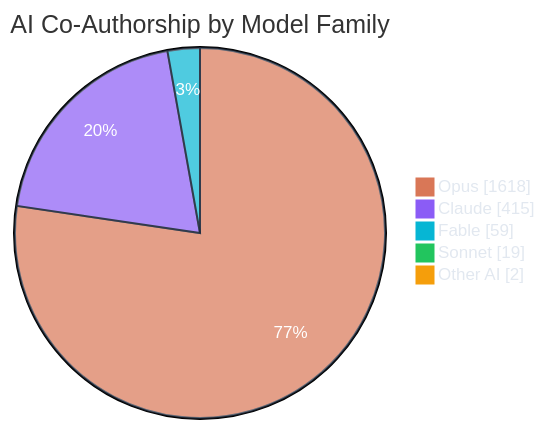
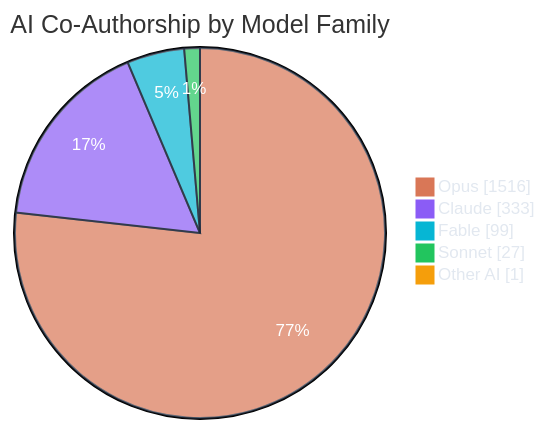
One commit to polo-nyan/polo-nyan changed the third of 7 diagrams in README.md. Above: the diagram before and after it, drawn with Mermaid. The commit also changed other lines of this file and 1 other file, not shown here.

````diff
--- a/README.md
+++ b/README.md
@@ -279,10 +279,10 @@
 ```mermaid
 %%{init: {"theme": "base", "themeVariables": { "pie1": "#d97757", "pie2": "#8b5cf6", "pie3": "#06b6d4", "pie4": "#22c55e", "pie5": "#f59e0b", "pie6": "#ec4899", "pieTextColor": "#ffffff", "pieLegendTextColor": "#e2e8f0", "pieSectionTextColor": "#ffffff", "pieStrokeColor": "#1e293b" }}}%%
 pie showData
     title AI Co-Authorship by Model Family
-    "Opus" : 1618
-    "Claude" : 415
-    "Fable" : 59
-    "Sonnet" : 19
-    "Other AI" : 2
+    "Opus" : 1516
+    "Claude" : 333
+    "Fable" : 99
+    "Sonnet" : 27
+    "Other AI" : 1
 ```
````
